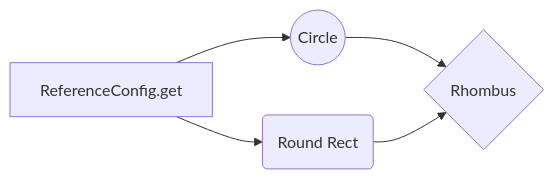
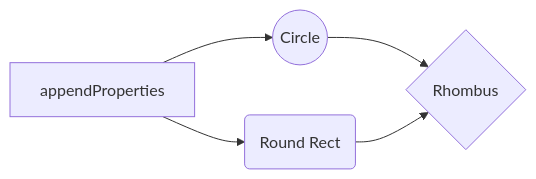
One commit to zhudongdong/docs changed the third of 3 diagrams in dubbo/dubbo.md. Above: the diagram before and after it, drawn with Mermaid. The commit also changed other lines of this file, not shown here.

````diff
--- a/dubbo/dubbo.md
+++ b/dubbo/dubbo.md
@@ -211,7 +212,7 @@
 ```mermaid
 graph LR
-A[ReferenceConfig.get] --> B((Circle))
+A[appendProperties] --> B((Circle))
 A --> C(Round Rect)
 B --> D{Rhombus}
 C --> D
 ```
````
